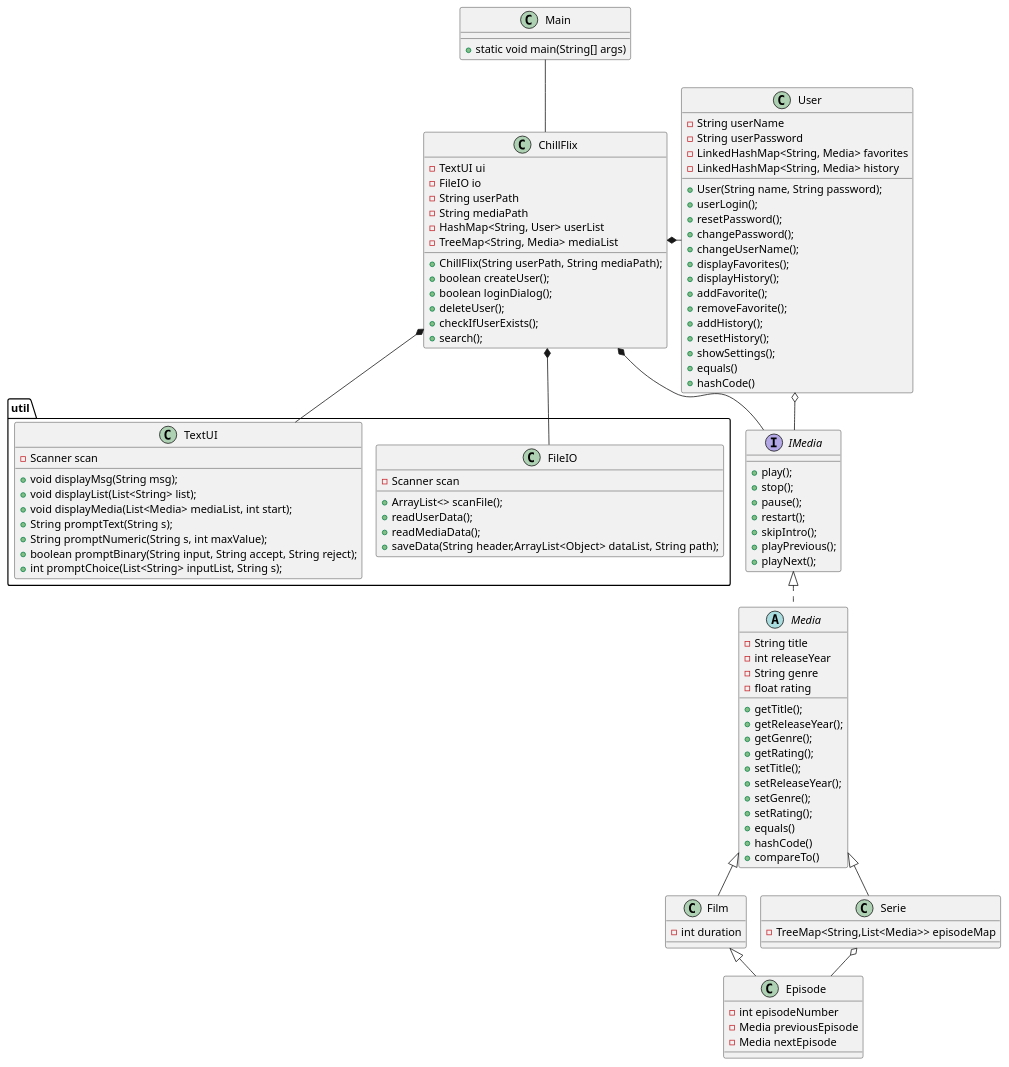
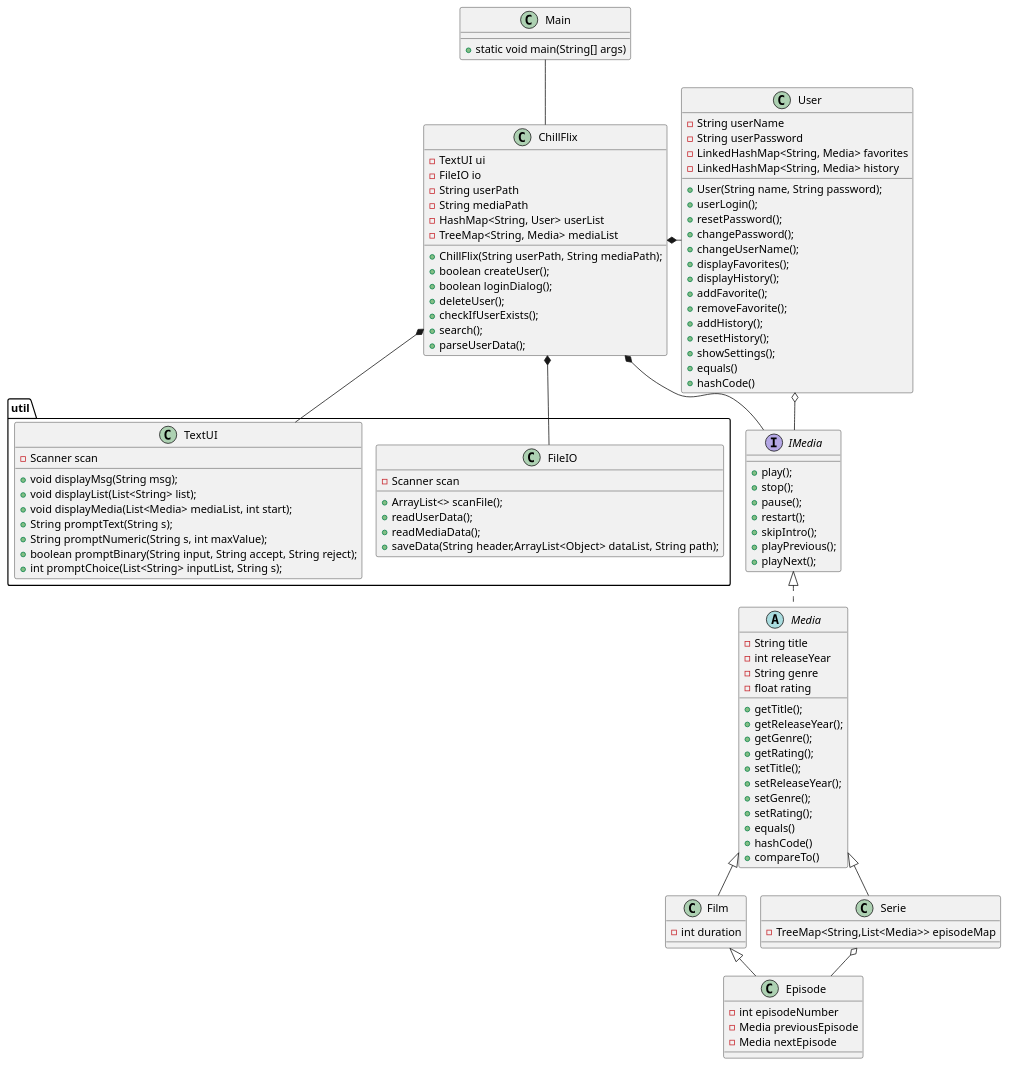
The diagram in docs/classDiagram.puml (Falcho/SP3), drawn with PlantUML before and after one commit. The commit also changed 1 other file, not shown here.

Commit message:
Opdatered Classdiagram, og fjernet unødvændig kommentare i fht til oprettelse af metoden.

```diff
--- a/docs/classDiagram.puml
+++ b/docs/classDiagram.puml
@@ -1,120 +1,121 @@
 @startuml
 'https://plantuml.com/class-diagram
 !pragma layout smetana
 
 Class Main{
 +static void main(String[] args)
 }
 
 Class ChillFlix{
 -TextUI ui
 -FileIO io
 -String userPath
 -String mediaPath
 -HashMap<String, User> userList
 -TreeMap<String, Media> mediaList
 +ChillFlix(String userPath, String mediaPath);
 +boolean createUser();
 +boolean loginDialog();
 +deleteUser();
 +checkIfUserExists();
 +search();
++parseUserData();
 }
 
 
 Class User{
 -String userName
 -String userPassword
 -LinkedHashMap<String, Media> favorites
 -LinkedHashMap<String, Media> history
 +User(String name, String password);
 +userLogin();
 +resetPassword();
 +changePassword();
 +changeUserName();
 +displayFavorites();
 +displayHistory();
 +addFavorite();
 +removeFavorite();
 +addHistory();
 +resetHistory();
 +showSettings();
 +equals()
 +hashCode()
 }
 
 Interface IMedia{
 +play();
 +stop();
 +pause();
 +restart();
 +skipIntro();
 +playPrevious();
 +playNext();
 }
 abstract Class Media{
 -String title
 -int releaseYear
 -String genre
 -float rating
 +getTitle();
 +getReleaseYear();
 +getGenre();
 +getRating();
 +setTitle();
 +setReleaseYear();
 +setGenre();
 +setRating();
 +equals()
 +hashCode()
 +compareTo()
 }
 
 Class Film {
 -int duration
 }
 
 Class Serie{
 -TreeMap<String,List<Media>> episodeMap
 }
 
 
 Class Episode{
 -int episodeNumber
 -Media previousEpisode
 -Media nextEpisode
 }
 package util {
     Class FileIO{
     -Scanner scan
     +ArrayList<> scanFile();
     +readUserData();
     +readMediaData();
     +saveData(String header,ArrayList<Object> dataList, String path);
     }
 
     Class TextUI{
     -Scanner scan
     +void displayMsg(String msg);
     +void displayList(List<String> list);
     +void displayMedia(List<Media> mediaList, int start);
     +String promptText(String s);
     +String promptNumeric(String s, int maxValue);
     +boolean promptBinary(String input, String accept, String reject);
     +int promptChoice(List<String> inputList, String s);
     }
 }
 
 Film <|-- Episode
 Media <|-- Film
 Media <|-- Serie
 Serie o-- Episode
 IMedia <|.. Media
 ChillFlix *- User
 ChillFlix *-- IMedia
 ChillFlix *-- FileIO
 ChillFlix *-- TextUI
 Main -- ChillFlix
 User o- IMedia
 
 @enduml
```
